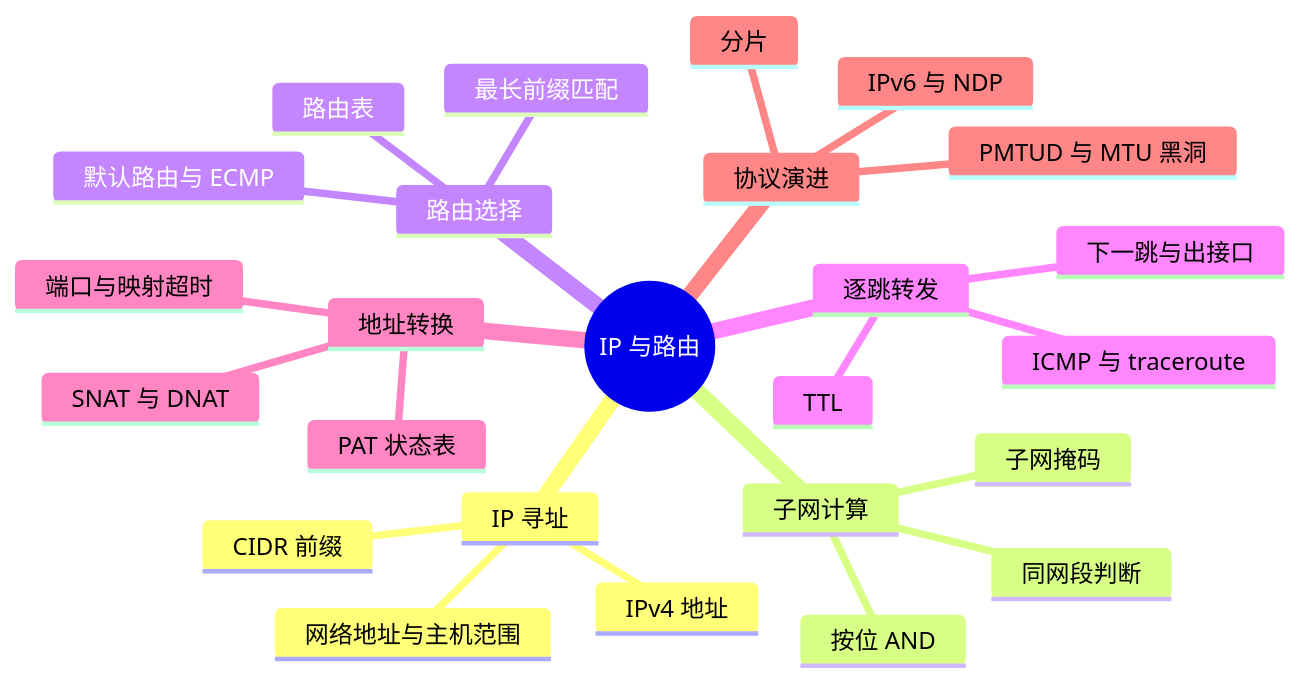
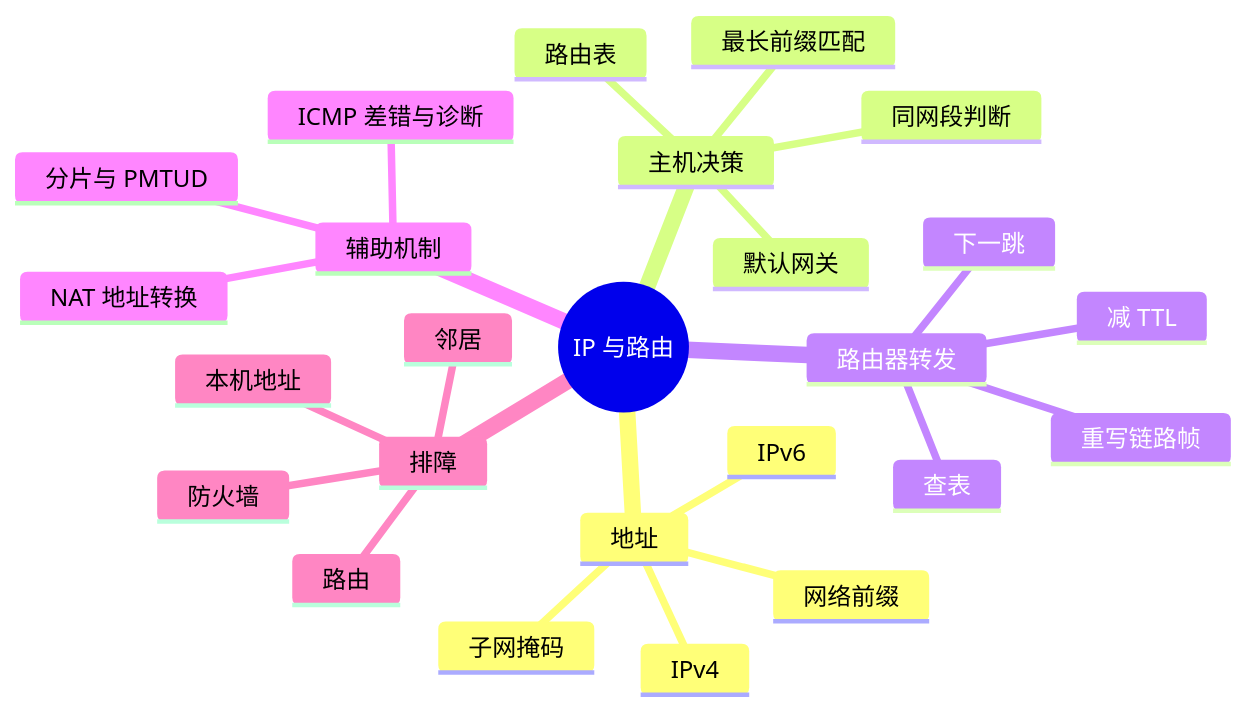
The first of 2 diagrams in 05_interview/fundamentals/cs-core/computer-network/02-ip-routing/index.md (ranxi2001/zero2Leetcode), drawn with Mermaid before and after one commit. The commit also changed other lines of this file and 38 other files, not shown here.

````diff
--- a/05_interview/fundamentals/cs-core/computer-network/02-ip-routing/index.md
+++ b/05_interview/fundamentals/cs-core/computer-network/02-ip-routing/index.md
@@ -13,28 +17,28 @@
 ```mermaid
 mindmap
   root((IP 与路由))
-    IP 寻址
-      IPv4 地址
-      CIDR 前缀
-      网络地址与主机范围
-    子网计算
+    地址
+      IPv4
+      IPv6
+      网络前缀
       子网掩码
-      按位 AND
+    主机决策
       同网段判断
-    路由选择
       路由表
+      默认网关
       最长前缀匹配
-      默认路由与 ECMP
-    逐跳转发
-      下一跳与出接口
-      TTL
-      ICMP 与 traceroute
-    地址转换
-      SNAT 与 DNAT
-      PAT 状态表
-      端口与映射超时
-    协议演进
-      IPv6 与 NDP
-      分片
-      PMTUD 与 MTU 黑洞
+    路由器转发
+      查表
+      减 TTL
+      重写链路帧
+      下一跳
+    辅助机制
+      ICMP 差错与诊断
+      分片与 PMTUD
+      NAT 地址转换
+    排障
+      本机地址
+      路由
+      邻居
+      防火墙
 ```
````
